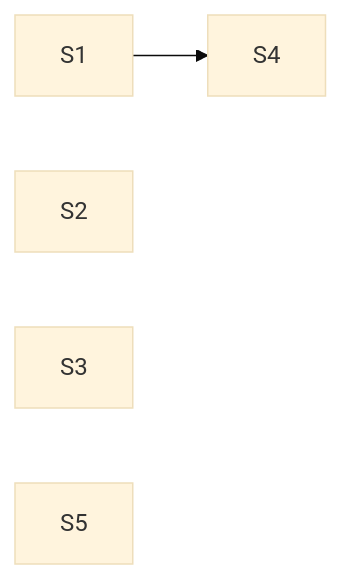
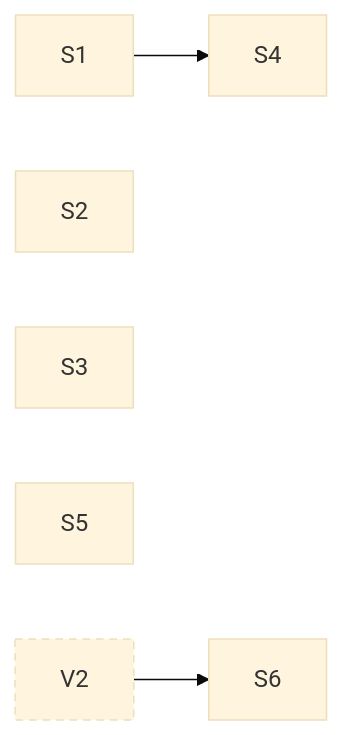
Before and after one commit to jhoblitt/rgw-go: the second of 10 diagrams in docs/superpowers/plans/2026-10-13-phase-2/dependencies.md, drawn with Mermaid (base theme). The commit also changed other lines of this file, not shown here.

Commit message:
docs(plan): regenerate the phase 2 dependency graph for S6
S6 waits for V2.

````diff
--- a/docs/superpowers/plans/2026-10-13-phase-2/dependencies.md
+++ b/docs/superpowers/plans/2026-10-13-phase-2/dependencies.md
@@ -51,14 +52,20 @@
 ```mermaid
 flowchart LR
   t_S1["S1"]
   t_S2["S2"]
   t_S3["S3"]
   t_S4["S4"]
   t_S5["S5"]
+  t_S6["S6"]
+  t_V2["V2"]:::ext
   t_S1 --> t_S4
+  t_V2 --> t_S6
   click t_S1 href "https://github.com/jhoblitt/rgw-go/blob/main/docs/superpowers/plans/2026-10-13-phase-2/00-index.md#task-s1-fakeradoss-rgw-class-as-method-tables" "S1: fakerados's rgw class as method tables"
   click t_S2 href "https://github.com/jhoblitt/rgw-go/blob/main/docs/superpowers/plans/2026-10-13-phase-2/00-index.md#task-s2-route-sets-per-feature-and-the-env-slots" "S2: route sets per feature and the Env slots"
   click t_S3 href "https://github.com/jhoblitt/rgw-go/blob/main/docs/superpowers/plans/2026-10-13-phase-2/00-index.md#task-s3-one-aws-correct-ispublic" "S3: one AWS-correct IsPublic"
   click t_S4 href "https://github.com/jhoblitt/rgw-go/blob/main/docs/superpowers/plans/2026-10-13-phase-2/00-index.md#task-s4-fakerados-refuses-an-unregistered-class-method-at-op-setup" "S4: fakerados refuses an unregistered class method at op setup"
   click t_S5 href "https://github.com/jhoblitt/rgw-go/blob/main/docs/superpowers/plans/2026-10-13-phase-2/00-index.md#task-s5-ignorepublicacls-ignores-swifts-public-container-grants" "S5: IgnorePublicAcls ignores Swift's public container grants"
+  click t_S6 href "https://github.com/jhoblitt/rgw-go/blob/main/docs/superpowers/plans/2026-10-13-phase-2/00-index.md#task-s6-one-choose_from" "S6: one choose_from"
+  click t_V2 href "https://github.com/jhoblitt/rgw-go/blob/main/docs/superpowers/plans/2026-10-13-phase-2/V-versioning.md#task-v2-meta-olh-head-types-and-bucket-helpers" "V2: meta OLH head types and bucket helpers"
+  classDef ext stroke-dasharray: 5 4
 ```
````
